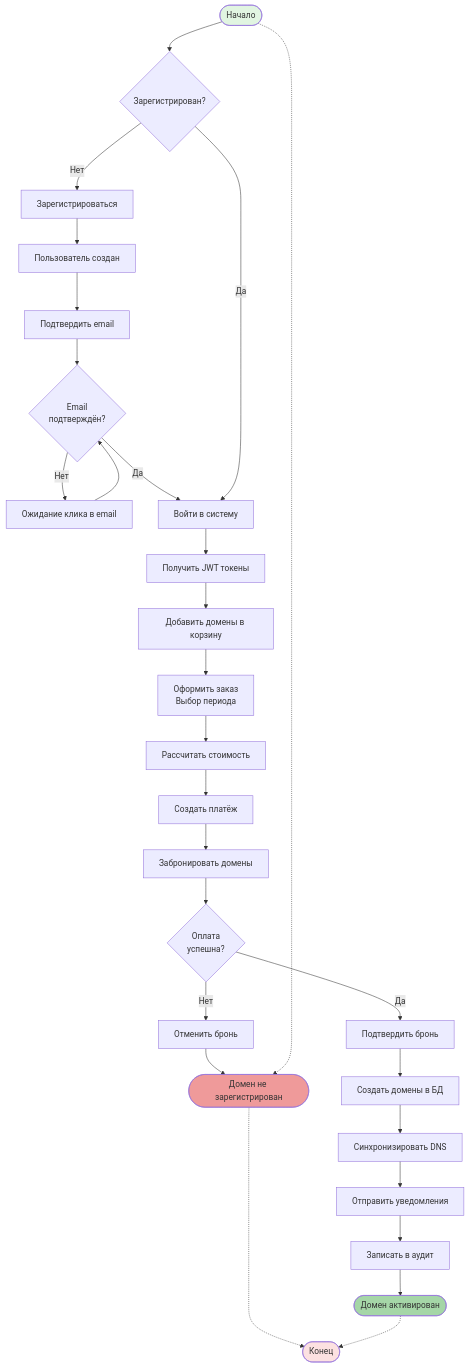
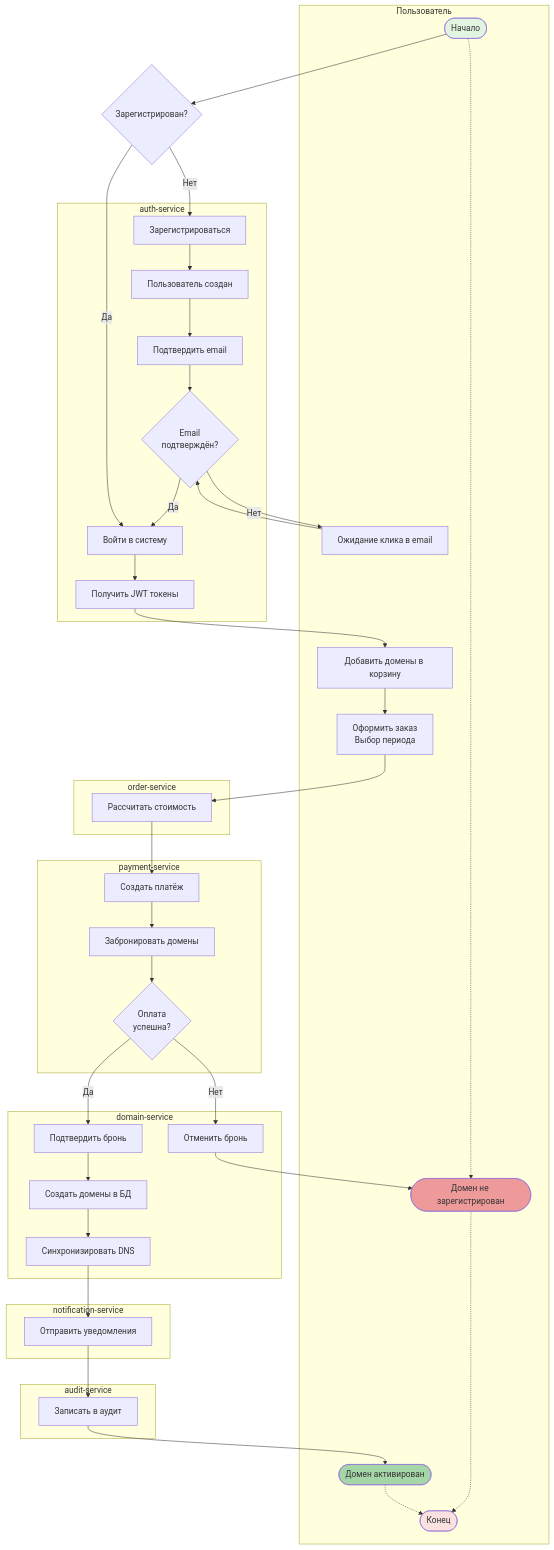
Before and after one commit to PawKorchagin/hrofos-domain-register: the eighth of 11 diagrams in README.md, drawn with Mermaid. The commit also changed other lines of this file and 7 other files, not shown here.

````diff
--- a/README.md
+++ b/README.md
@@ -343,44 +343,86 @@
 ```mermaid
-flowchart TD
-    Start([Начало]) --> RegOrLogin{Зарегистрирован?}
+flowchart TB
+    subgraph UserLane["         Пользователь"]
+        Start([Начало])
+        WaitVerify[Ожидание клика в email]
+        AddToCart[Добавить домены в корзину]
+        Checkout[Оформить заказ<br/>Выбор периода]
+        Success([Домен активирован])
+        Fail([Домен не зарегистрирован])
+        End([Конец])
+    end
 
-    RegOrLogin -- Нет --> Register[Зарегистрироваться]
-    Register --> RegSuccess[Пользователь создан]
-    RegSuccess --> VerifyEmail[Подтвердить email]
-    VerifyEmail --> EmailVerified{Email<br/>подтверждён?}
+    subgraph AuthLane["         auth-service"]
+        Register[Зарегистрироваться]
+        RegSuccess[Пользователь создан]
+        VerifyEmail[Подтвердить email]
+        EmailVerified{Email<br/>подтверждён?}
+        Login[Войти в систему]
+        GetToken[Получить JWT токены]
+    end
 
-    EmailVerified -- Нет --> WaitVerify[Ожидание клика в email]
+    subgraph OrderLane["         order-service"]
+        Calculate[Рассчитать стоимость]
+    end
+
+    subgraph PaymentLane["         payment-service"]
+        CreatePayment[Создать платёж]
+        Reserve[Забронировать домены]
+        UserPay{Оплата<br/>успешна?}
+    end
+
+    subgraph DomainLane["         domain-service"]
+        Confirm[Подтвердить бронь]
+        CreateDomains[Создать домены в БД]
+        SyncDNS[Синхронизировать DNS]
+        CancelReserve[Отменить бронь]
+    end
+
+    subgraph NotifLane["         notification-service"]
+        Notify[Отправить уведомления]
+    end
+
+    subgraph AuditLane["         audit-service"]
+        AuditLog[Записать в аудит]
+    end
+
+    Start --> RegOrLogin{Зарегистрирован?}
+
+    RegOrLogin -- Нет --> Register
+    Register --> RegSuccess
+    RegSuccess --> VerifyEmail
+    VerifyEmail --> EmailVerified
+
+    EmailVerified -- Нет --> WaitVerify
     WaitVerify --> EmailVerified
 
-    EmailVerified -- Да --> Login[Войти в систему]
+    EmailVerified -- Да --> Login
     RegOrLogin -- Да --> Login
 
-    Login --> GetToken[Получить JWT токены]
-    GetToken --> AddToCart[Добавить домены в корзину]
+    Login --> GetToken
+    GetToken --> AddToCart
 
-    AddToCart --> Checkout[Оформить заказ<br/>Выбор периода]
+    AddToCart --> Checkout
+    Checkout --> Calculate
+    Calculate --> CreatePayment
+    CreatePayment --> Reserve
 
-    Checkout --> Calculate[Рассчитать стоимость]
-    Calculate --> CreatePayment[Создать платёж]
+    Reserve --> UserPay
 
-    CreatePayment --> Reserve[Забронировать домены]
+    UserPay -- Да --> Confirm
+    Confirm --> CreateDomains
+    CreateDomains --> SyncDNS
 
-    Reserve --> UserPay{Оплата<br/>успешна?}
+    SyncDNS --> Notify
+    Notify --> AuditLog
 
-    UserPay -- Да --> Confirm[Подтвердить бронь]
-    Confirm --> CreateDomains[Создать домены в БД]
-    CreateDomains --> SyncDNS[Синхронизировать DNS]
+    AuditLog --> Success
 
-    SyncDNS --> Notify[Отправить уведомления]
-    Notify --> AuditLog[Записать в аудит]
-
-    AuditLog --> Success([Домен активирован])
-
-    UserPay -- Нет --> CancelReserve[Отменить бронь]
-    CancelReserve --> Fail([Домен не зарегистрирован])
+    UserPay -- Нет --> CancelReserve
+    CancelReserve --> Fail
 
     Start -.-> Fail
-    Fail -.-> End([Конец])
+    Fail -.-> End
     Success -.-> End
 
     style Start fill:#e1f5e1
````
